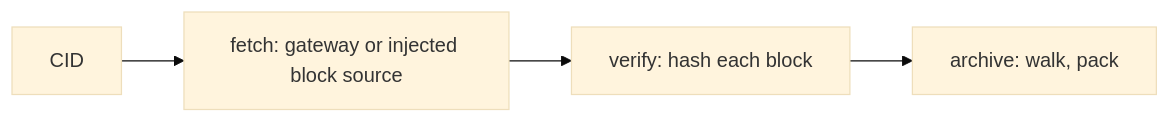
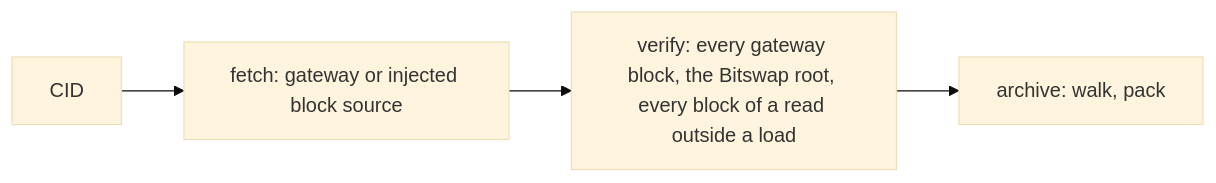
One commit to paritytech/dotli-community changed the diagram in packages/content/README.md. Above: the diagram before and after it, drawn with Mermaid (base theme). The commit also changed 1 other file, not shown here.

Commit message:
docs(bitswap,content): the diagrams show the relay as the one per-block check on the Bitswap path

````diff
--- a/packages/content/README.md
+++ b/packages/content/README.md
@@ -15,5 +15,6 @@
 ```mermaid
 flowchart LR
   cid[CID] --> fetch["fetch: gateway or injected block source"]
-  fetch --> verify["verify: hash each block"] --> archive["archive: walk, pack"]
+  fetch --> verify["verify: every gateway block, the Bitswap root, every block of a read outside a load"]
+  verify --> archive["archive: walk, pack"]
 ```
````
